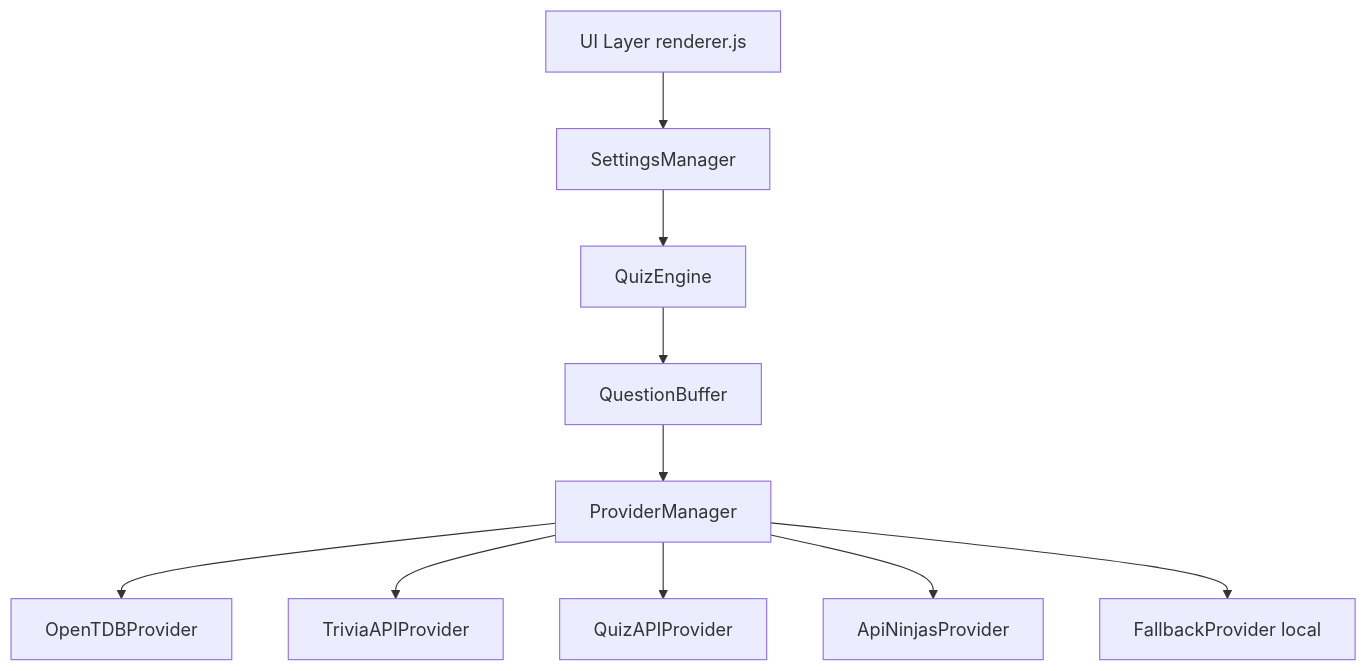
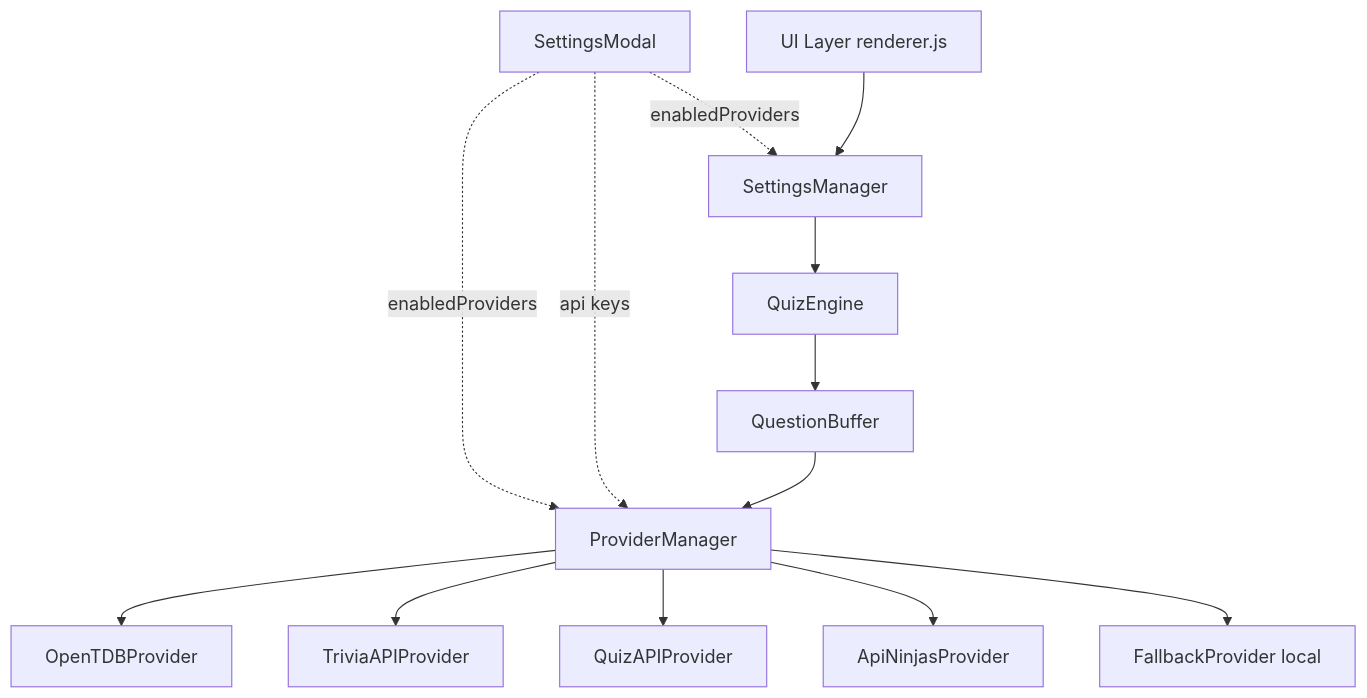
The diagram in architecture.md (Ashishsri2018/quiz-sphere), drawn with Mermaid before and after one commit. The commit also changed other lines of this file and 13 other files, not shown here.

````diff
--- a/architecture.md
+++ b/architecture.md
@@ -6,12 +6,15 @@
 ```mermaid
 graph TD
+    SMo[SettingsModal] -.->|enabledProviders| SM
+    SMo -.->|enabledProviders| PM
+    SMo -.->|api keys| PM
     UI[UI Layer renderer.js] --> SM[SettingsManager]
     SM --> QE[QuizEngine]
     QE --> QB[QuestionBuffer]
     QB --> PM[ProviderManager]
     PM --> OP[OpenTDBProvider]
     PM --> TP[TriviaAPIProvider]
     PM --> QA[QuizAPIProvider]
     PM --> AN[ApiNinjasProvider]
     PM --> FP[FallbackProvider local]
 ```
````
